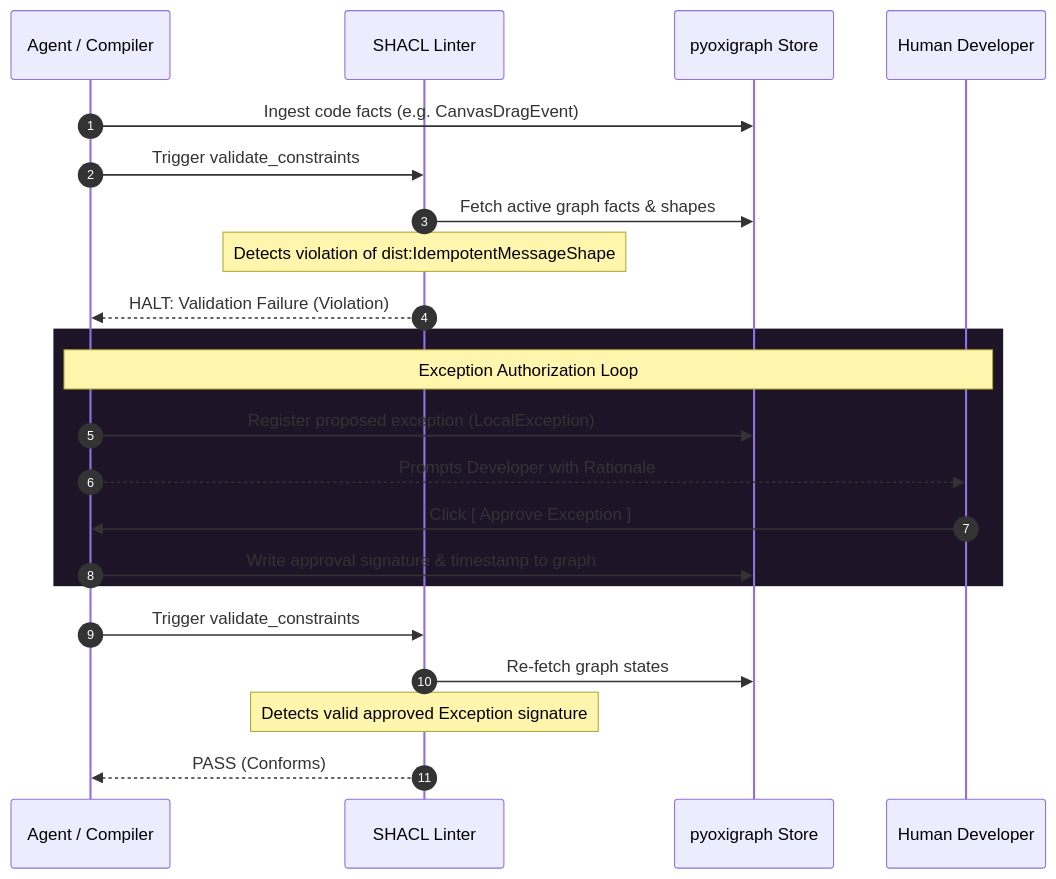
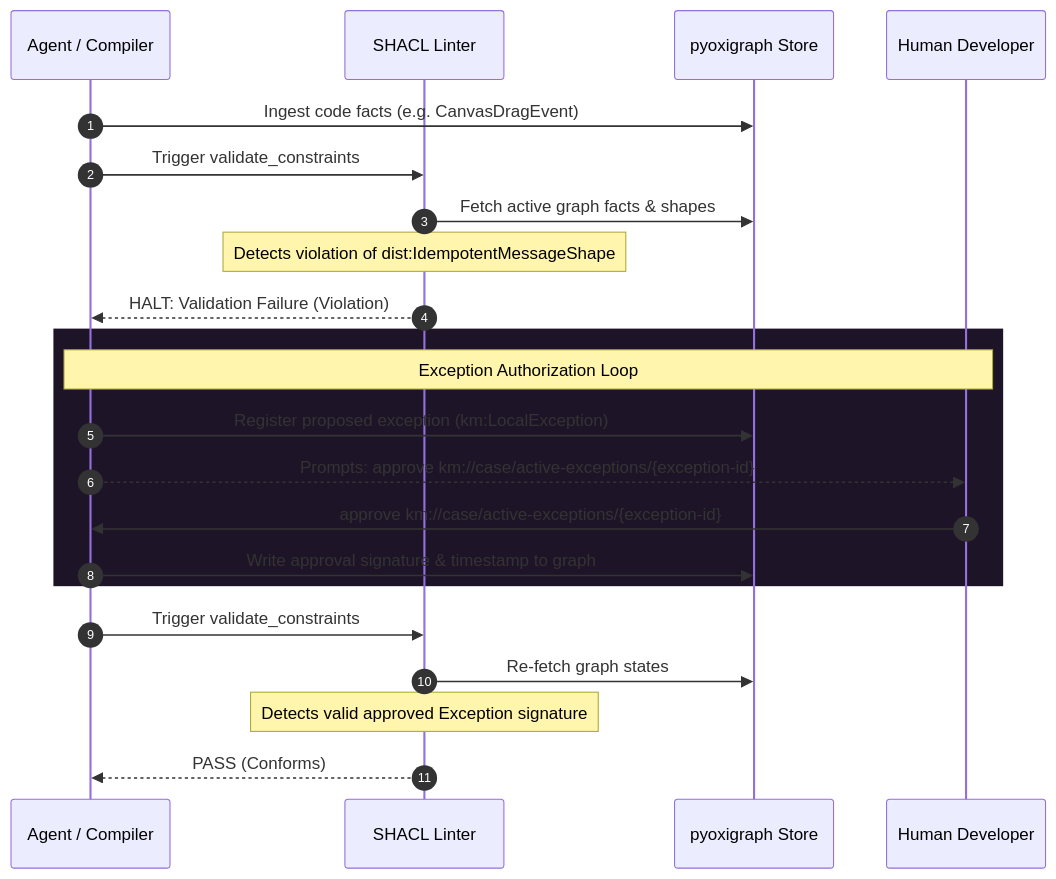
The fourth of 4 diagrams in docs/knowledge-management-specification.md (isaacnugroho/km), drawn with Mermaid before and after one commit. The commit also changed other lines of this file and 6 other files, not shown here.

````diff
--- a/docs/knowledge-management-specification.md
+++ b/docs/knowledge-management-specification.md
@@ -583,27 +641,27 @@
 ```mermaid
 sequenceDiagram
     autonumber
     participant Agent as Agent / Compiler
     participant Linter as SHACL Linter
     participant DB as pyoxigraph Store
     participant Dev as Human Developer
 
     Agent->>DB: Ingest code facts (e.g. CanvasDragEvent)
     Agent->>Linter: Trigger validate_constraints
     Linter->>DB: Fetch active graph facts & shapes
     Note over Linter: Detects violation of dist:IdempotentMessageShape
     Linter-->>Agent: HALT: Validation Failure (Violation)
     
     rect rgb(30, 20, 40)
         Note over Agent, Dev: Exception Authorization Loop
-        Agent->>DB: Register proposed exception (LocalException)
-        Agent-->>Dev: Prompts Developer with Rationale
-        Dev->>Agent: Click [ Approve Exception ]
+        Agent->>DB: Register proposed exception (km:LocalException)
+        Agent-->>Dev: Prompts: approve km://case/active-exceptions/{exception-id}
+        Dev->>Agent: approve km://case/active-exceptions/{exception-id}
         Agent->>DB: Write approval signature & timestamp to graph
     end
     
     Agent->>Linter: Trigger validate_constraints
     Linter->>DB: Re-fetch graph states
     Note over Linter: Detects valid approved Exception signature
     Linter-->>Agent: PASS (Conforms)
 ```
````
